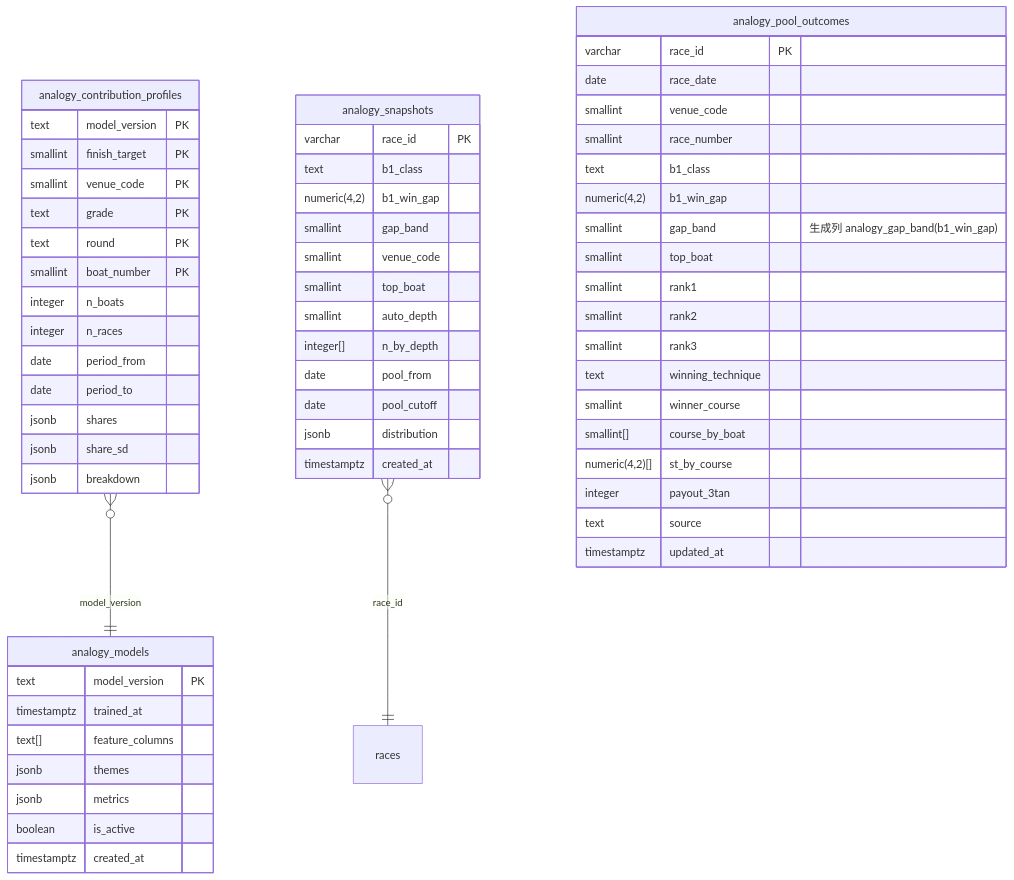
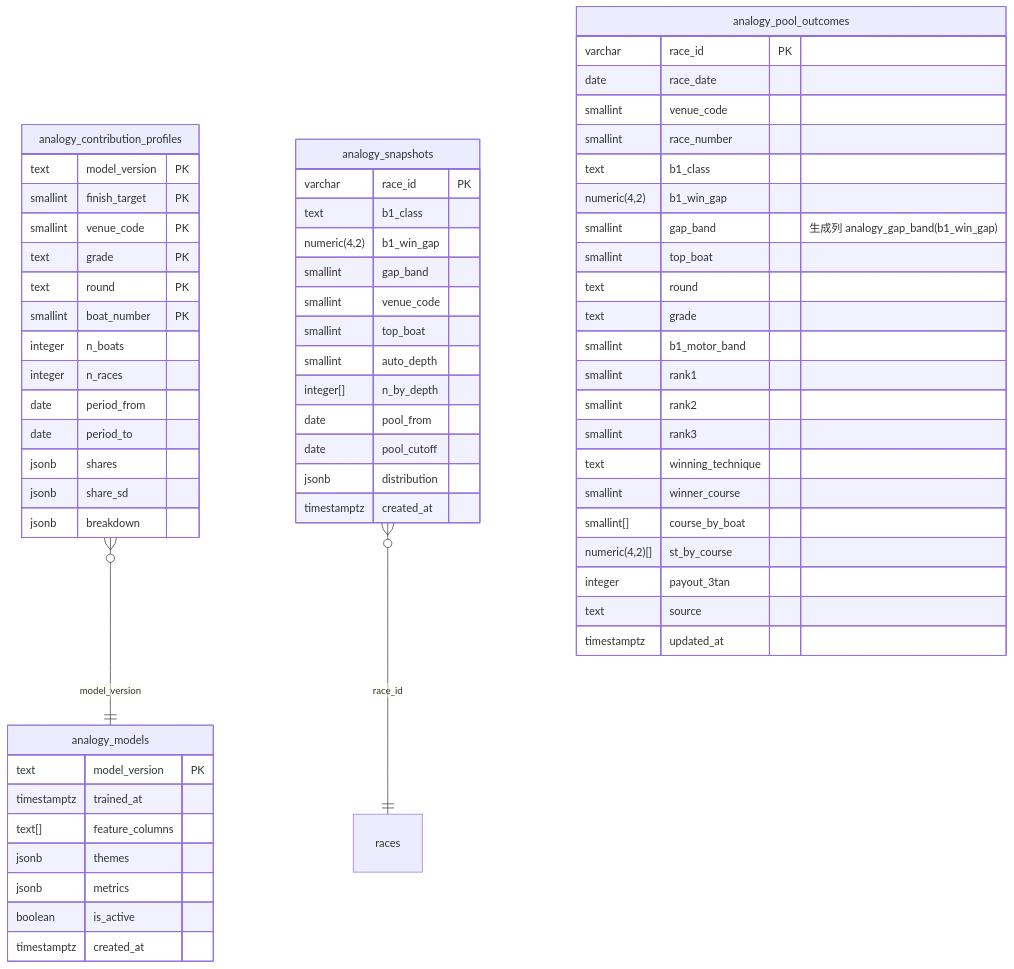
One commit to rhapsody0919/boatrace-ai-predictor changed the second of 3 diagrams in docs/design/analogy-finder/plan.md. Above: the diagram before and after it, drawn with Mermaid. The commit also changed other lines of this file and 7 other files, not shown here.

````diff
--- a/docs/design/analogy-finder/plan.md
+++ b/docs/design/analogy-finder/plan.md
@@ -45,63 +45,66 @@
 ```mermaid
 erDiagram
     analogy_contribution_profiles }o--|| analogy_models : "model_version"
     analogy_snapshots }o--|| races : "race_id"
     analogy_models {
         text model_version PK
         timestamptz trained_at
         text[] feature_columns
         jsonb themes
         jsonb metrics
         boolean is_active
         timestamptz created_at
     }
     analogy_contribution_profiles {
         text model_version PK
         smallint finish_target PK
         smallint venue_code PK
         text grade PK
         text round PK
         smallint boat_number PK
         integer n_boats
         integer n_races
         date period_from
         date period_to
         jsonb shares
         jsonb share_sd
         jsonb breakdown
     }
     analogy_pool_outcomes {
         varchar race_id PK
         date race_date
         smallint venue_code
         smallint race_number
         text b1_class
         numeric(4,2) b1_win_gap
         smallint gap_band "生成列 analogy_gap_band(b1_win_gap)"
         smallint top_boat
+        text round
+        text grade
+        smallint b1_motor_band
         smallint rank1
         smallint rank2
         smallint rank3
         text winning_technique
         smallint winner_course
         smallint[] course_by_boat
         numeric(4,2)[] st_by_course
         integer payout_3tan
         text source
         timestamptz updated_at
     }
     analogy_snapshots {
         varchar race_id PK
         text b1_class
         numeric(4,2) b1_win_gap
         smallint gap_band
         smallint venue_code
         smallint top_boat
         smallint auto_depth
         integer[] n_by_depth
         date pool_from
         date pool_cutoff
         jsonb distribution
         timestamptz created_at
     }
 ```
````
